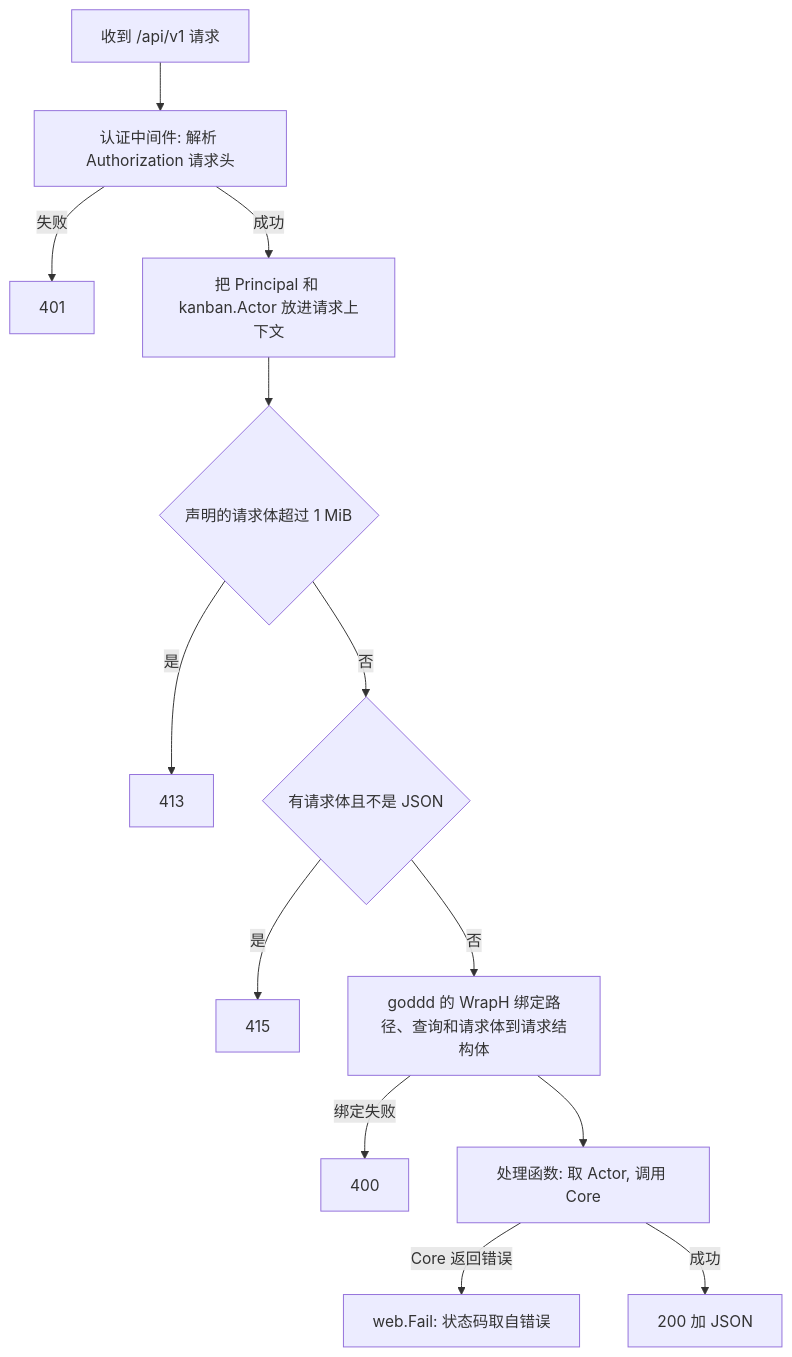
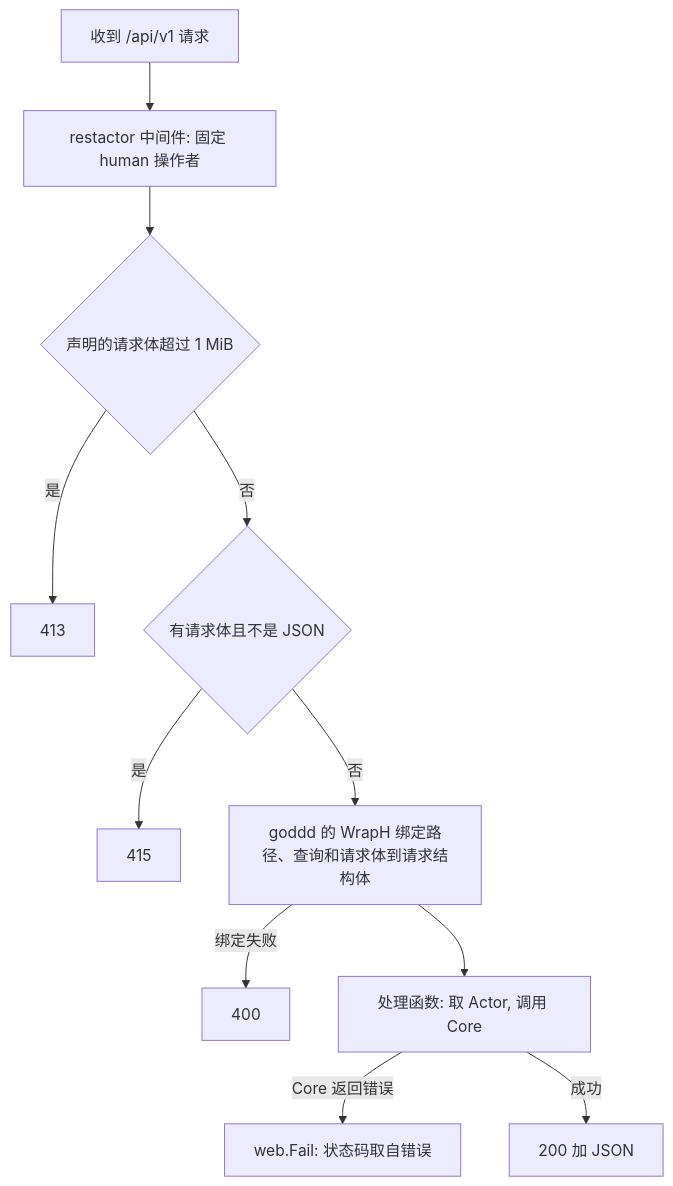
One commit to ixugo/slate-kanban changed the first of 2 diagrams in .cursor/scopes/api.rest.go.md. Above: the diagram before and after it, drawn with Mermaid. The commit also changed other lines of this file and 7 other files, not shown here.

````diff
--- a/.cursor/scopes/api.rest.go.md
+++ b/.cursor/scopes/api.rest.go.md
@@ -79,15 +75,13 @@
 ```mermaid
 flowchart TD
-    A[收到 /api/v1 请求] --> D[认证中间件: 解析 Authorization 请求头]
-    D -->|失败| Z3[401]
-    D -->|成功| E[把 Principal 和 kanban.Actor 放进请求上下文]
-    E --> B{声明的请求体超过 1 MiB}
+    A[收到 /api/v1 请求] --> D[restactor 中间件: 固定 human 操作者]
+    D --> B{声明的请求体超过 1 MiB}
     B -->|是| Z1[413]
     B -->|否| C{有请求体且不是 JSON}
     C -->|是| Z2[415]
     C -->|否| F[goddd 的 WrapH 绑定路径、查询和请求体到请求结构体]
     F -->|绑定失败| Z4[400]
     F --> G[处理函数: 取 Actor, 调用 Core]
     G -->|Core 返回错误| H[web.Fail: 状态码取自错误]
     G -->|成功| I[200 加 JSON]
 ```
````
